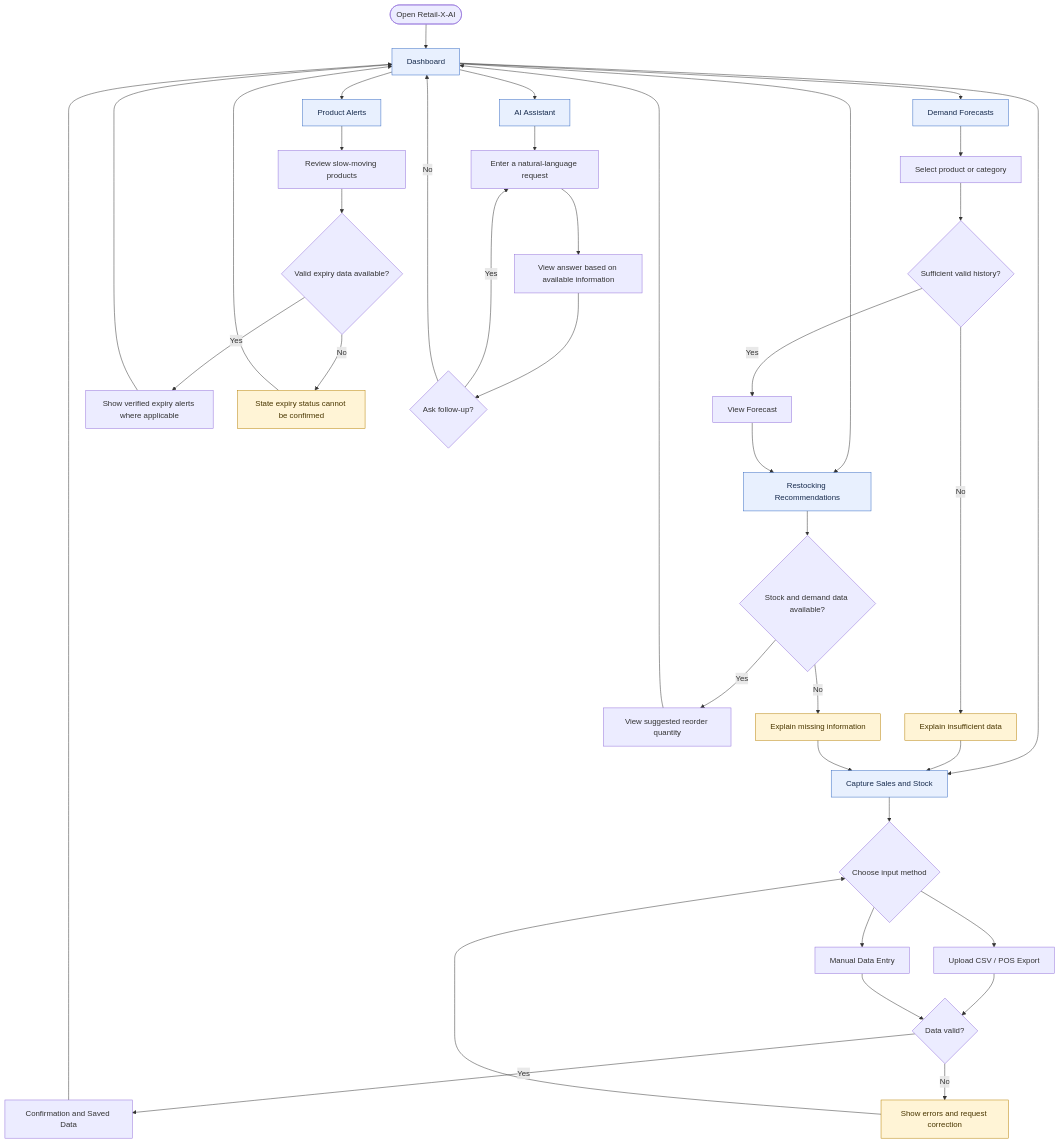
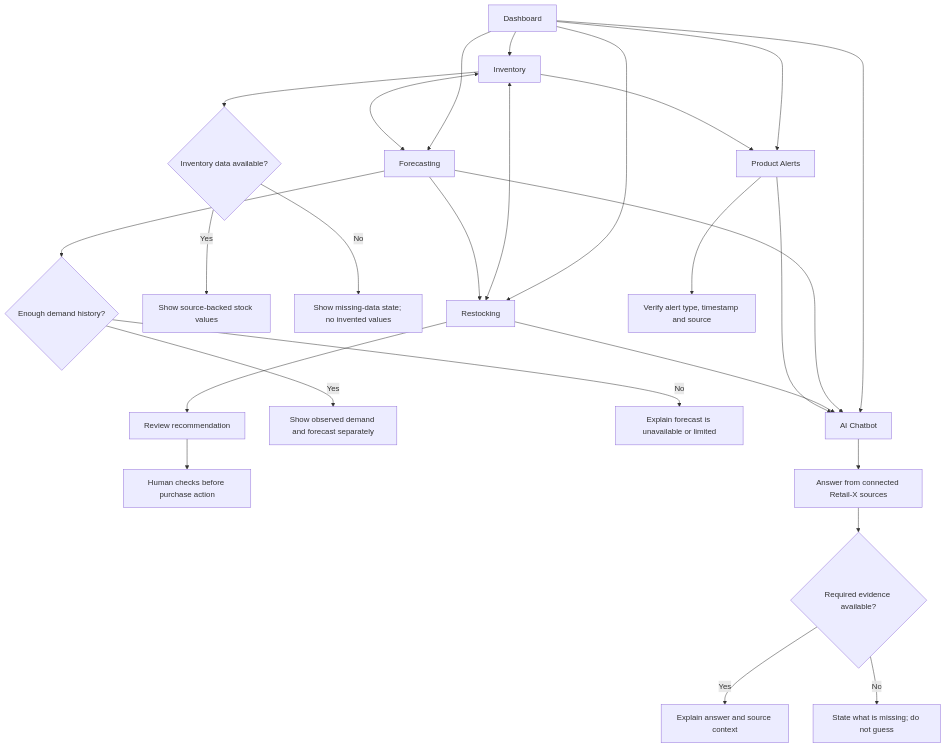
Before and after one commit to Retail-X-AI/Retail-work: the diagram in diagrams/ui-ux/M06-02-navigation-flow.md, drawn with Mermaid. The commit also changed other lines of this file and 4 other files, not shown here.

````diff
--- a/diagrams/ui-ux/M06-02-navigation-flow.md
+++ b/diagrams/ui-ux/M06-02-navigation-flow.md
@@ -6,51 +7,28 @@
 ```mermaid
 flowchart TD
-    START([Open Retail-X-AI]) --> DASH[Dashboard]
-
-    DASH --> DATA[Capture Sales and Stock]
-    DASH --> FORECAST[Demand Forecasts]
-    DASH --> RESTOCK[Restocking Recommendations]
-    DASH --> ALERTS[Product Alerts]
-    DASH --> ASSIST[AI Assistant]
-
-    DATA --> METHOD{Choose input method}
-    METHOD --> CSV[Upload CSV / POS Export]
-    METHOD --> MANUAL[Manual Data Entry]
-    CSV --> VALIDATE{Data valid?}
-    MANUAL --> VALIDATE
-    VALIDATE -->|Yes| SAVED[Confirmation and Saved Data]
-    VALIDATE -->|No| ERR[Show errors and request correction]
-    ERR --> METHOD
-    SAVED --> DASH
-
-    FORECAST --> SELECT[Select product or category]
-    SELECT --> CHECK{Sufficient valid history?}
-    CHECK -->|Yes| RESULT[View Forecast]
-    CHECK -->|No| INSUFF[Explain insufficient data]
-    RESULT --> RESTOCK
-    INSUFF --> DATA
-
-    RESTOCK --> STOCK{Stock and demand data available?}
-    STOCK -->|Yes| RECOMMEND[View suggested reorder quantity]
-    STOCK -->|No| MISSING[Explain missing information]
-    RECOMMEND --> DASH
-    MISSING --> DATA
-
-    ALERTS --> REVIEW[Review slow-moving products]
-    REVIEW --> EXPIRY{Valid expiry data available?}
-    EXPIRY -->|Yes| EXP[Show verified expiry alerts where applicable]
-    EXPIRY -->|No| NOEXP[State expiry status cannot be confirmed]
-    EXP --> DASH
-    NOEXP --> DASH
-
-    ASSIST --> QUESTION[Enter a natural-language request]
-    QUESTION --> RESPONSE[View answer based on available information]
-    RESPONSE --> FOLLOW{Ask follow-up?}
-    FOLLOW -->|Yes| QUESTION
-    FOLLOW -->|No| DASH
-
-    classDef main fill:#e8f0fe,stroke:#356ac3,color:#172b4d
-    classDef caution fill:#fff4d6,stroke:#b78103,color:#493600
-    class DASH,DATA,FORECAST,RESTOCK,ALERTS,ASSIST main
-    class ERR,INSUFF,MISSING,NOEXP caution
+    D[Dashboard] --> I[Inventory]
+    D --> F[Forecasting]
+    D --> R[Restocking]
+    D --> A[Product Alerts]
+    D --> C[AI Chatbot]
+    I <--> F
+    I <--> R
+    I --> A
+    F --> R
+    F --> C
+    R --> C
+    A --> C
+    I --> V{Inventory data available?}
+    V -- Yes --> I1[Show source-backed stock values]
+    V -- No --> I2[Show missing-data state; no invented values]
+    F --> H{Enough demand history?}
+    H -- Yes --> F1[Show observed demand and forecast separately]
+    H -- No --> F2[Explain forecast is unavailable or limited]
+    R --> Q[Review recommendation]
+    Q --> P[Human checks before purchase action]
+    C --> G[Answer from connected Retail-X sources]
+    G --> M{Required evidence available?}
+    M -- Yes --> E[Explain answer and source context]
+    M -- No --> N[State what is missing; do not guess]
+    A --> X[Verify alert type, timestamp and source]
 ```
````
